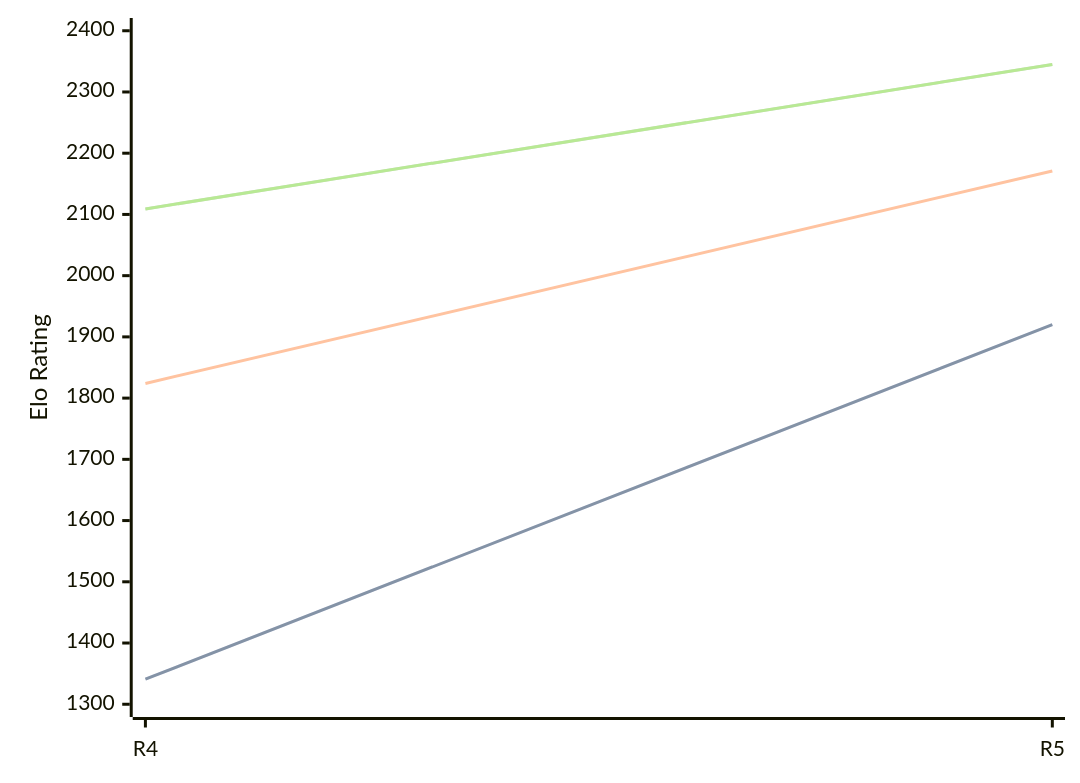
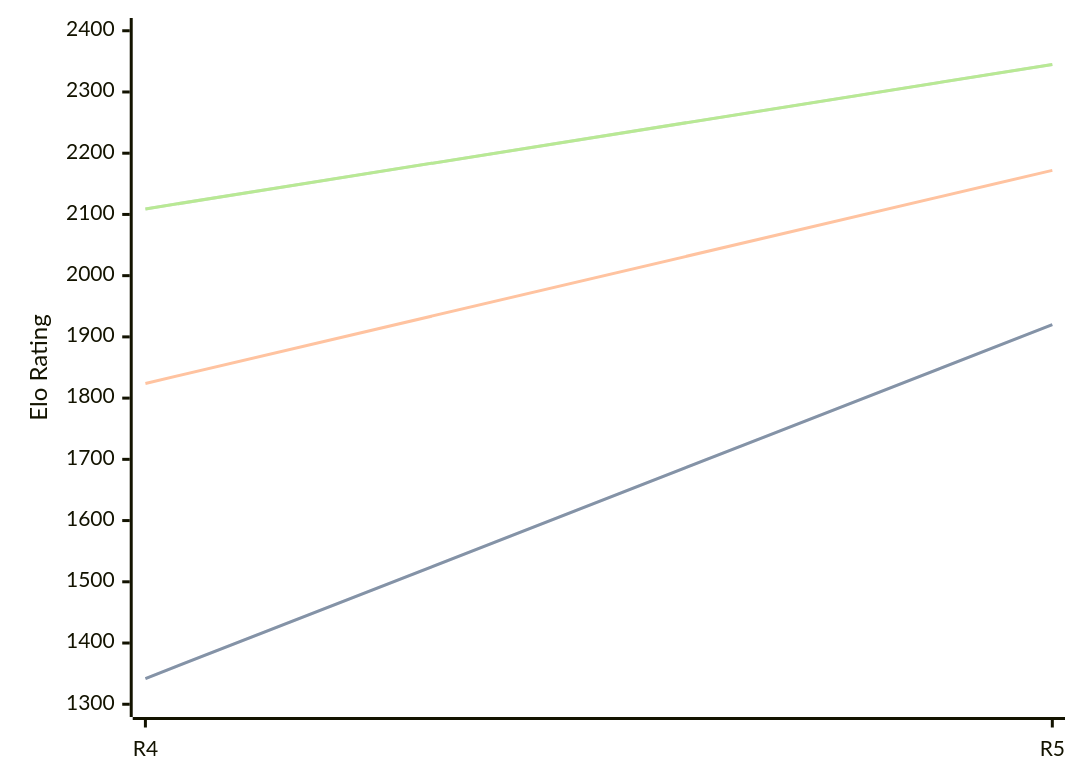
The first of 3 diagrams in engines/Viking.md (computer-chess-index/cci), drawn with Mermaid before and after one commit. The commit also changed other lines of this file, not shown here.

````diff
--- a/engines/Viking.md
+++ b/engines/Viking.md
@@ -35,11 +35,11 @@
 ```mermaid
 %%{init: {"theme":"base","themeVariables":{"seriesColors:['#a3a3a3','#222221','#faa371']}}}%%
 xychart-beta
   x-axis ["R4", "R5"]
   y-axis "Elo Rating" 1300 --> 2400
-  line "STC (8.0+0.08s)" [1341, 1920]
-  line "STC (8.0+0.08s)" [1341, 1920]
-  line "LTC (60.0+0.60s)" [1824, 2171]
+  line "STC (8.0+0.08s)" [1342, 1920]
+  line "STC (8.0+0.08s)" [1342, 1920]
+  line "LTC (60.0+0.60s)" [1824, 2172]
   line "VLTC (2m24s+1.12s)" [2109, 2345]
   line "VLTC (2m24s+1.12s)" [2109, 2345]
 ```
````
